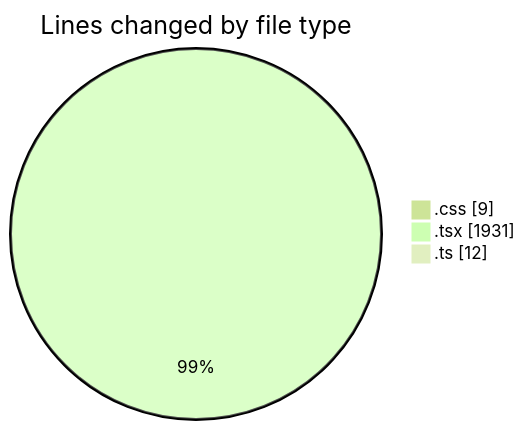
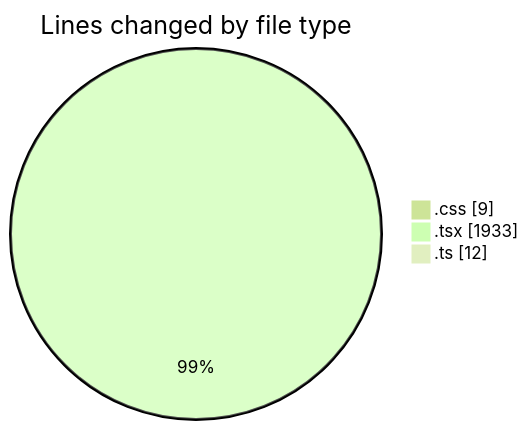
The first of 2 diagrams in 2025-02-28/audiobooks-web/README.md (robertbonfada/code-tracking), drawn with Mermaid (forest theme) before and after one commit. The commit also changed other lines of this file and 1 other file, not shown here.

````diff
--- a/2025-02-28/audiobooks-web/README.md
+++ b/2025-02-28/audiobooks-web/README.md
@@ -32,7 +32,7 @@
 ```mermaid
 pie showData
 title Lines changed by file type
 ".css" : 9
-".tsx" : 1931
+".tsx" : 1933
 ".ts" : 12
 ```
````
